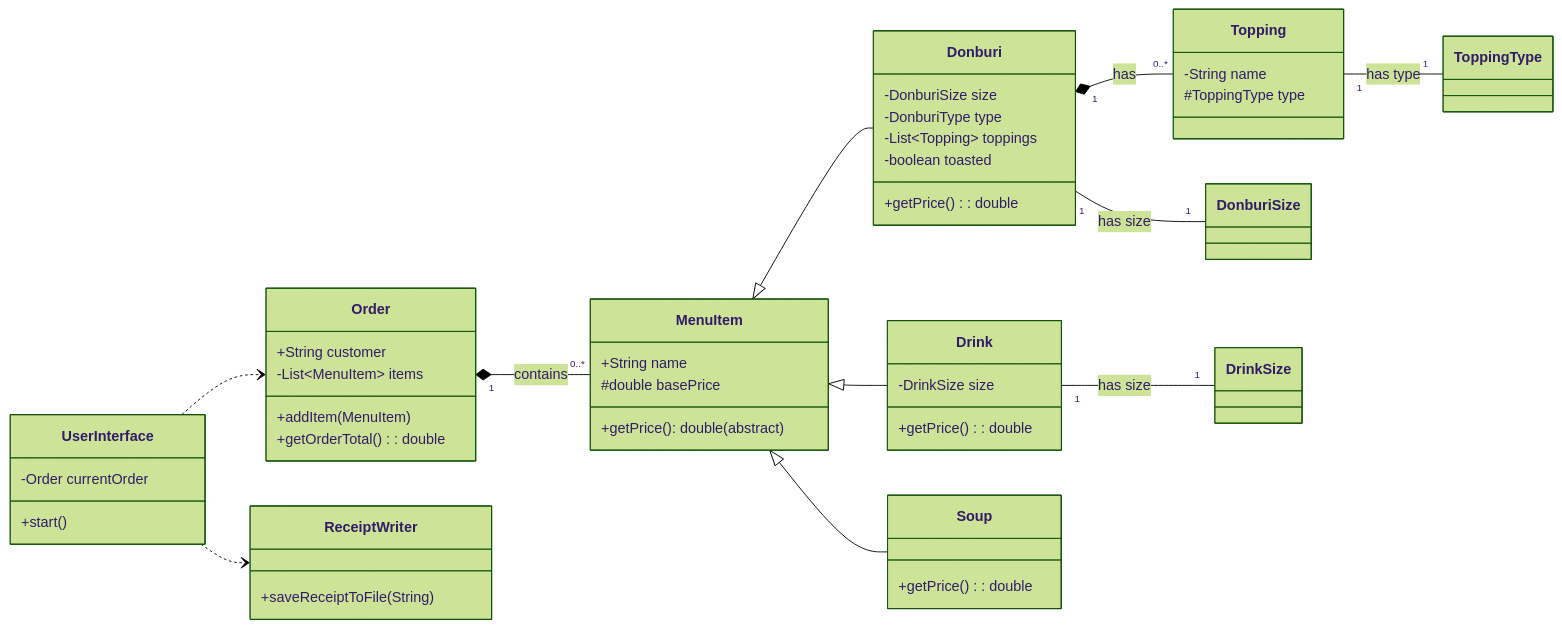
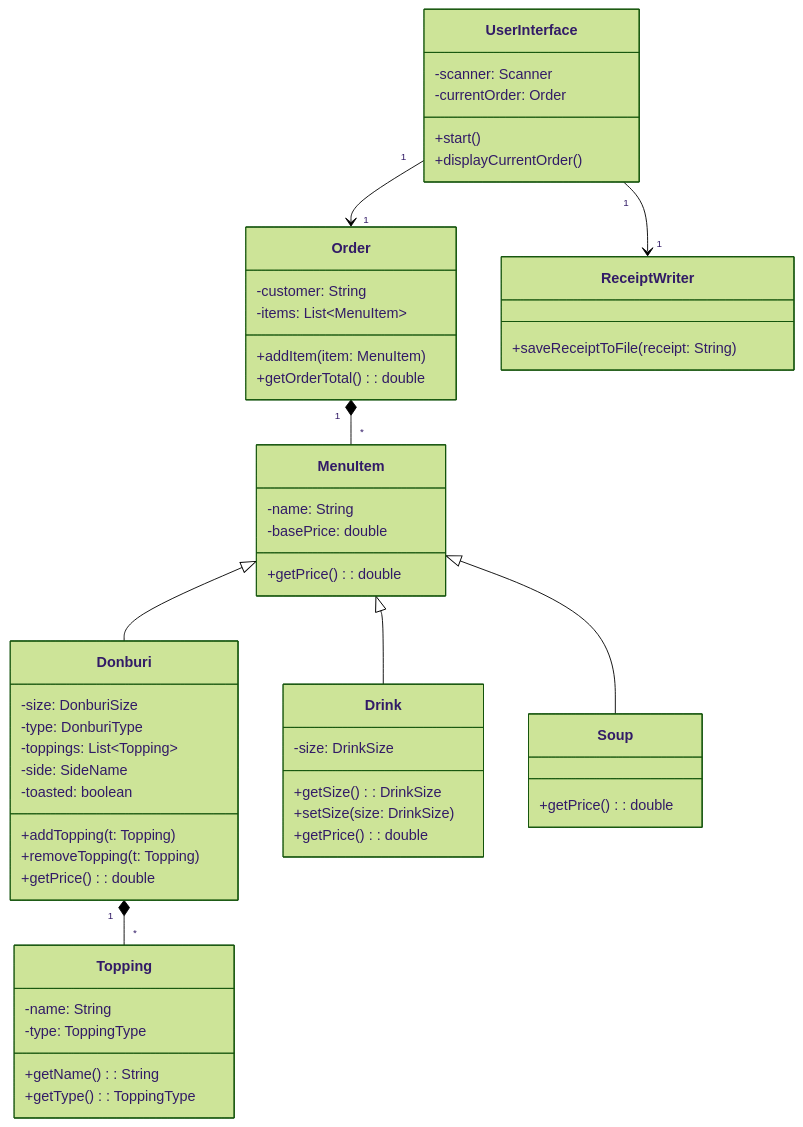
One commit to pijjon/NiceBowlShop changed the diagram in README.md. Above: the diagram before and after it, drawn with Mermaid (forest theme).

````diff
--- a/README.md
+++ b/README.md
@@ -75,54 +75,68 @@
 ```mermaid
 classDiagram
-    direction LR
+    %% Abstract Class
     class MenuItem {
-        +String name
-        #double basePrice
-        +getPrice(): double (abstract)
-    }
-    class Order {
-        +String customer
-        -List~MenuItem~ items
-        +addItem(MenuItem)
-        +getOrderTotal(): double
-    }
-    class Donburi {
-        -DonburiSize size
-        -DonburiType type
-        -List~Topping~ toppings
-        -boolean toasted
+        -name: String
+        -basePrice: double
         +getPrice(): double
     }
-    class Drink {
-        -DrinkSize size
+
+    %% Concrete Classes
+    class Donburi {
+        -size: DonburiSize
+        -type: DonburiType
+        -toppings: List~Topping~
+        -side: SideName
+        -toasted: boolean
+        +addTopping(t: Topping)
+        +removeTopping(t: Topping)
         +getPrice(): double
     }
+
+    class Drink {
+        -size: DrinkSize
+        +getSize(): DrinkSize
+        +setSize(size: DrinkSize)
+        +getPrice(): double
+    }
+
     class Soup {
         +getPrice(): double
     }
+
     class Topping {
-        -String name
-        #ToppingType type
+        -name: String
+        -type: ToppingType
+        +getName(): String
+        +getType(): ToppingType
     }
+
+    class Order {
+        -customer: String
+        -items: List~MenuItem~
+        +addItem(item: MenuItem)
+        +getOrderTotal(): double
+    }
+
     class UserInterface {
-        -Order currentOrder
+        -scanner: Scanner
+        -currentOrder: Order
         +start()
+        +displayCurrentOrder()
     }
+
     class ReceiptWriter {
-        +saveReceiptToFile(String)
+        +saveReceiptToFile(receipt: String)
     }
-    class DonburiSize
-    class DrinkSize
-    class ToppingType
 
+    %% Relationships
     MenuItem <|-- Donburi
     MenuItem <|-- Drink
     MenuItem <|-- Soup
-    Order "1" *-- "0..*" MenuItem : contains
-    Donburi "1" *-- "0..*" Topping : has
-    Topping "1" -- "1" ToppingType : has type
-    Donburi "1" -- "1" DonburiSize : has size
-    Drink "1" -- "1" DrinkSize : has size
-    UserInterface ..> Order
-    UserInterface ..> ReceiptWriter
+
+    Order "1" *-- "*" MenuItem
+    Donburi "1" *-- "*" Topping
+    UserInterface "1" --> "1" Order
+    UserInterface "1" --> "1" ReceiptWriter
+
 ```
````
